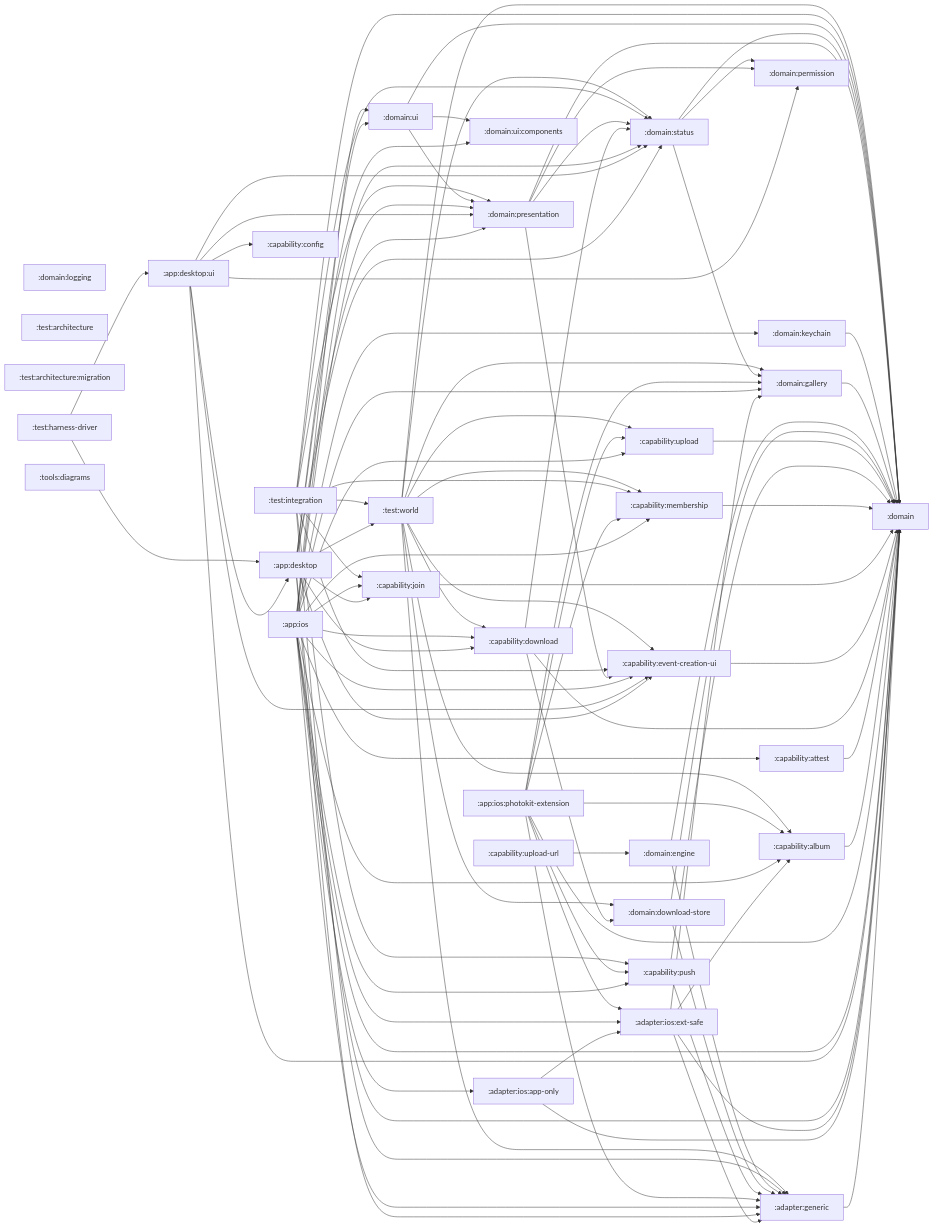
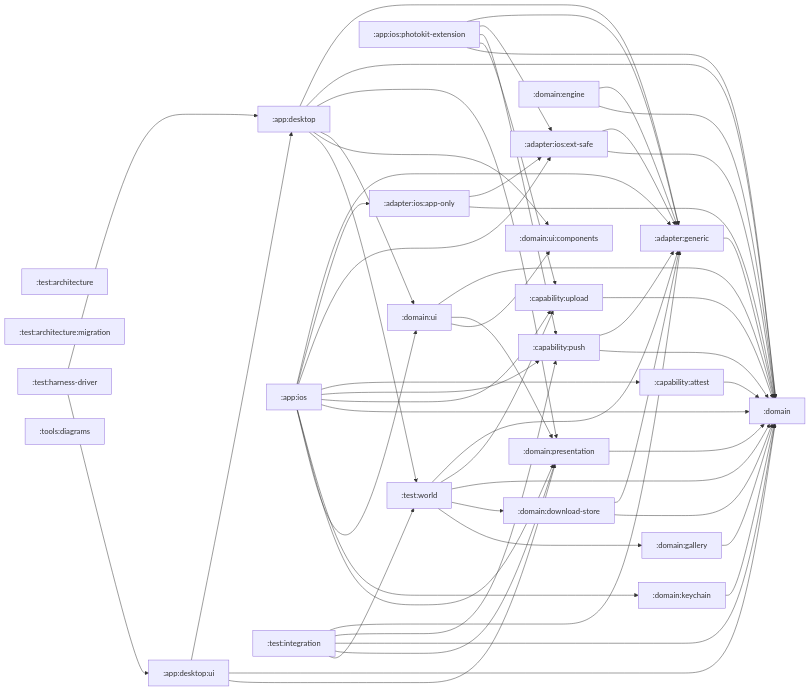
Before and after one commit to stefanhoelzl/SnapSync: the diagram in architecture/modules.md, drawn with Mermaid. The commit also changed 108 other files, not shown here.

First line of the commit message:
feat(architecture): migration step 6 — features II: download · album · creation

````diff
--- a/architecture/modules.md
+++ b/architecture/modules.md
@@ -13,25 +13,15 @@
   app_desktop_ui[":app:desktop:ui"]
   app_ios[":app:ios"]
   app_ios_photokit_extension[":app:ios:photokit-extension"]
-  capability_album[":capability:album"]
   capability_attest[":capability:attest"]
-  capability_config[":capability:config"]
-  capability_download[":capability:download"]
-  capability_event_creation_ui[":capability:event-creation-ui"]
-  capability_join[":capability:join"]
-  capability_membership[":capability:membership"]
   capability_push[":capability:push"]
   capability_upload[":capability:upload"]
-  capability_upload_url[":capability:upload-url"]
   domain[":domain"]
   domain_download_store[":domain:download-store"]
   domain_engine[":domain:engine"]
   domain_gallery[":domain:gallery"]
   domain_keychain[":domain:keychain"]
-  domain_logging[":domain:logging"]
-  domain_permission[":domain:permission"]
   domain_presentation[":domain:presentation"]
-  domain_status[":domain:status"]
   domain_ui[":domain:ui"]
   domain_ui_components[":domain:ui:components"]
   test_architecture[":test:architecture"]
@@ -44,98 +34,55 @@
   adapter_ios_app_only --> adapter_ios_ext_safe
   adapter_ios_app_only --> domain
   adapter_ios_ext_safe --> adapter_generic
-  adapter_ios_ext_safe --> capability_album
   adapter_ios_ext_safe --> domain
-  adapter_ios_ext_safe --> domain_gallery
   app_desktop --> adapter_generic
-  app_desktop --> capability_download
-  app_desktop --> capability_event_creation_ui
-  app_desktop --> capability_join
   app_desktop --> domain
   app_desktop --> domain_presentation
-  app_desktop --> domain_status
   app_desktop --> domain_ui
   app_desktop --> domain_ui_components
   app_desktop --> test_world
   app_desktop_ui --> app_desktop
-  app_desktop_ui --> capability_config
-  app_desktop_ui --> capability_event_creation_ui
   app_desktop_ui --> domain
-  app_desktop_ui --> domain_permission
   app_desktop_ui --> domain_presentation
-  app_desktop_ui --> domain_status
   app_ios --> adapter_generic
   app_ios --> adapter_ios_app_only
   app_ios --> adapter_ios_ext_safe
-  app_ios --> capability_album
   app_ios --> capability_attest
-  app_ios --> capability_download
-  app_ios --> capability_event_creation_ui
-  app_ios --> capability_join
-  app_ios --> capability_membership
   app_ios --> capability_push
   app_ios --> capability_upload
   app_ios --> domain
-  app_ios --> domain_gallery
   app_ios --> domain_keychain
   app_ios --> domain_presentation
-  app_ios --> domain_status
   app_ios --> domain_ui
   app_ios_photokit_extension --> adapter_generic
   app_ios_photokit_extension --> adapter_ios_ext_safe
-  app_ios_photokit_extension --> capability_album
-  app_ios_photokit_extension --> capability_membership
   app_ios_photokit_extension --> capability_push
   app_ios_photokit_extension --> capability_upload
   app_ios_photokit_extension --> domain
-  app_ios_photokit_extension --> domain_gallery
-  capability_album --> domain
   capability_attest --> domain
-  capability_download --> domain
-  capability_download --> domain_download_store
-  capability_download --> domain_status
-  capability_event_creation_ui --> domain
-  capability_join --> domain
-  capability_membership --> domain
   capability_push --> adapter_generic
   capability_push --> domain
   capability_upload --> domain
-  capability_upload_url --> domain_engine
   domain_download_store --> adapter_generic
   domain_download_store --> domain
   domain_engine --> adapter_generic
   domain_engine --> domain
   domain_gallery --> domain
   domain_keychain --> domain
-  domain_presentation --> capability_event_creation_ui
   domain_presentation --> domain
-  domain_presentation --> domain_permission
-  domain_presentation --> domain_status
-  domain_status --> domain
-  domain_status --> domain_gallery
-  domain_status --> domain_permission
   domain_ui --> domain
   domain_ui --> domain_presentation
   domain_ui --> domain_ui_components
   test_harness_driver --> app_desktop
   test_harness_driver --> app_desktop_ui
   test_integration --> adapter_generic
-  test_integration --> capability_event_creation_ui
-  test_integration --> capability_join
-  test_integration --> capability_membership
   test_integration --> capability_push
   test_integration --> domain
   test_integration --> domain_presentation
-  test_integration --> domain_status
   test_integration --> test_world
   test_world --> adapter_generic
-  test_world --> capability_album
-  test_world --> capability_download
-  test_world --> capability_event_creation_ui
-  test_world --> capability_membership
   test_world --> capability_upload
   test_world --> domain
   test_world --> domain_download_store
   test_world --> domain_gallery
-  test_world --> domain_status
 ```
````
